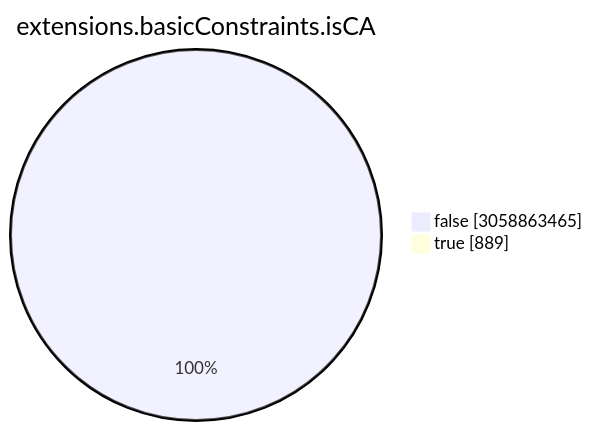
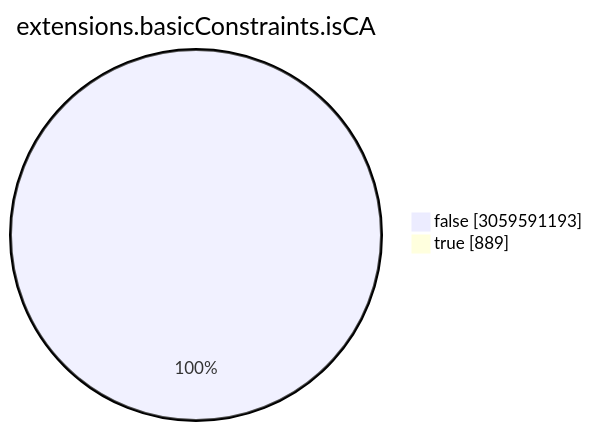
One commit to christiankrug/ctmonitor_visualization changed the seventh of 15 diagrams in TOTAL/README.md. Above: the diagram before and after it, drawn with Mermaid. The commit also changed other lines of this file, not shown here.

````diff
--- a/TOTAL/README.md
+++ b/TOTAL/README.md
@@ -3088,6 +3088,6 @@
 ```mermaid
 pie showData
 title extensions.basicConstraints.isCA
-"false" :3058863465
+"false" :3059591193
 "true" :889
 ```
````
